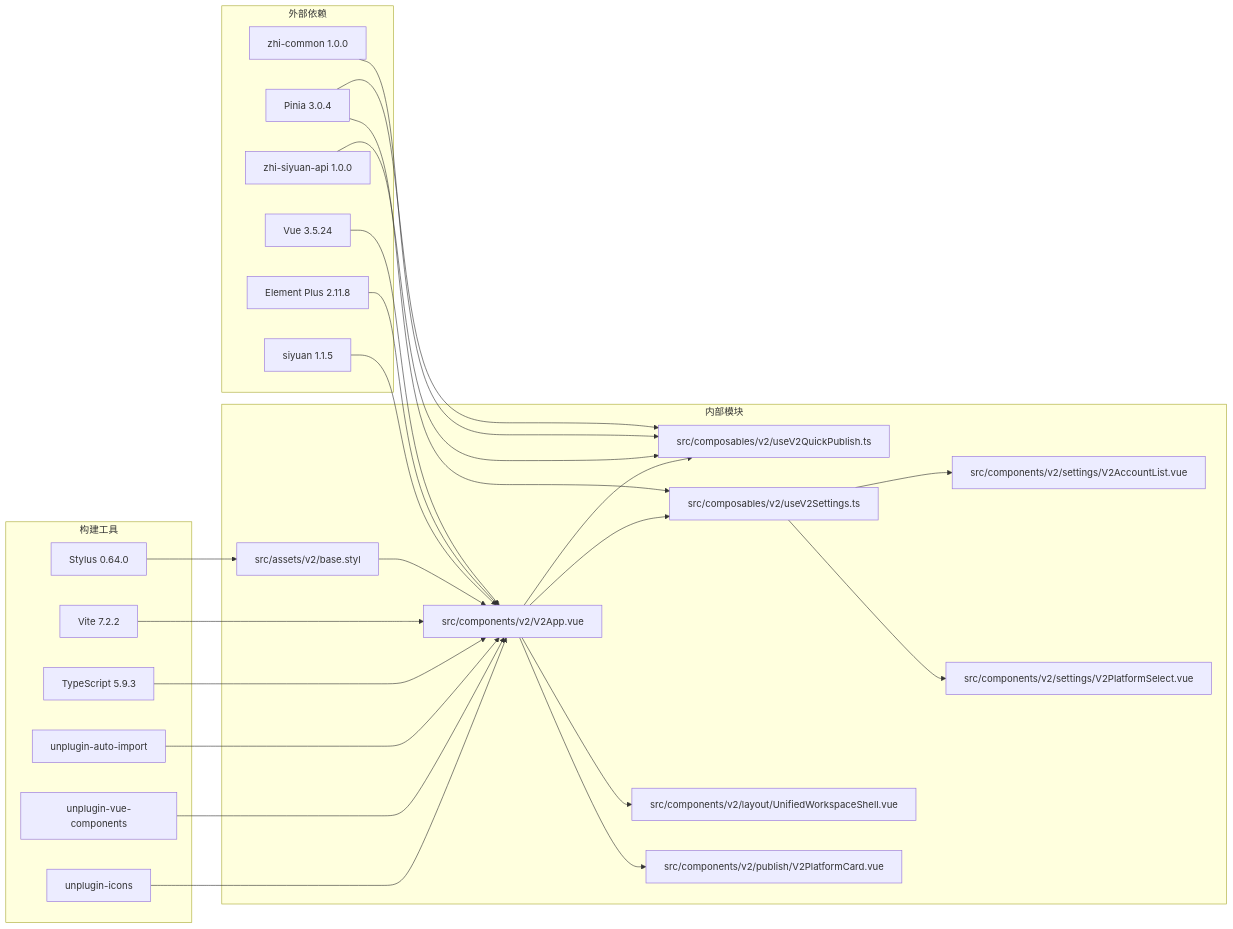
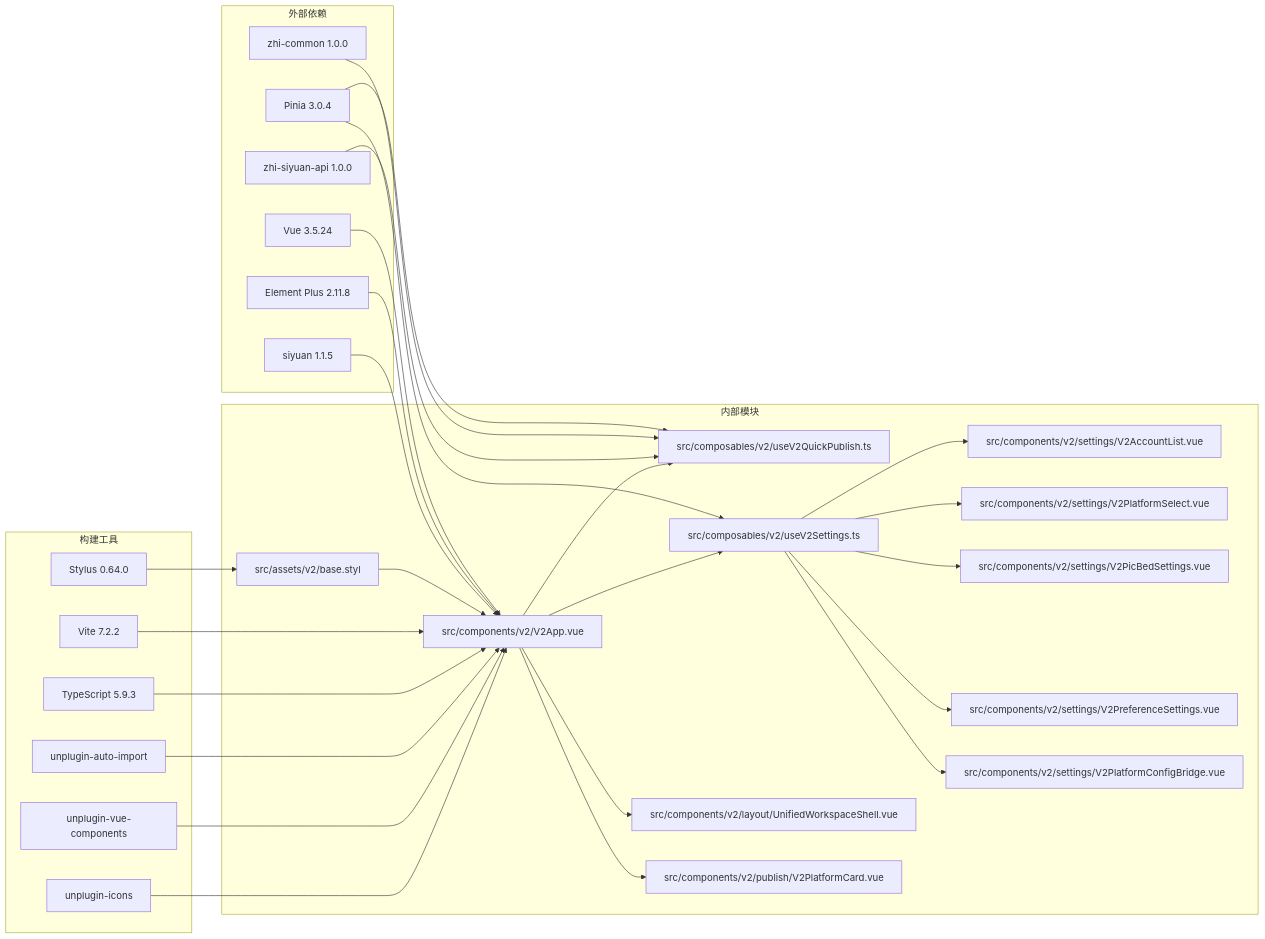
Before and after one commit to terwer/siyuan-plugin-publisher: the fifth of 5 diagrams in .qoder/repowiki/zh/content/用户界面组件/UI V2 里程碑进度.md, drawn with Mermaid. The commit also changed other lines of this file and 27 other files, not shown here.

First line of the commit message:
feat(commonblog): add common blog setting component for platform config

````diff
--- a/.qoder/repowiki/zh/content/用户界面组件/UI V2 里程碑进度.md
+++ b/.qoder/repowiki/zh/content/用户界面组件/UI V2 里程碑进度.md
@@ -455,49 +493,55 @@
 ```mermaid
 graph LR
 subgraph "外部依赖"
 Vue[Vue 3.5.24]
 Pinia[Pinia 3.0.4]
 ElementPlus[Element Plus 2.11.8]
 Siyuan[siyuan 1.1.5]
 ZhiLib[zhi-common 1.0.0]
 ZhiSiyuan[zhi-siyuan-api 1.0.0]
 end
 subgraph "内部模块"
 V2App[src/components/v2/V2App.vue]
 QuickStore[src/composables/v2/useV2QuickPublish.ts]
 SettingsStore[src/composables/v2/useV2Settings.ts]
 Shell[src/components/v2/layout/UnifiedWorkspaceShell.vue]
 Platform[src/components/v2/publish/V2PlatformCard.vue]
 AccountList[src/components/v2/settings/V2AccountList.vue]
 PlatformSelect[src/components/v2/settings/V2PlatformSelect.vue]
+PicBedSettings[src/components/v2/settings/V2PicBedSettings.vue]
+PreferenceSettings[src/components/v2/settings/V2PreferenceSettings.vue]
+PlatformConfigBridge[src/components/v2/settings/V2PlatformConfigBridge.vue]
 Styles[src/assets/v2/base.styl]
 end
 subgraph "构建工具"
 Vite[Vite 7.2.2]
 TS[TypeScript 5.9.3]
 Stylus[Stylus 0.64.0]
 AutoImport[unplugin-auto-import]
 Components[unplugin-vue-components]
 Icons[unplugin-icons]
 end
 Vue --> V2App
 Pinia --> QuickStore
 Pinia --> SettingsStore
 ElementPlus --> V2App
 Siyuan --> V2App
 ZhiLib --> QuickStore
 ZhiSiyuan --> QuickStore
 V2App --> QuickStore
 V2App --> SettingsStore
 V2App --> Shell
 V2App --> Platform
 SettingsStore --> AccountList
 SettingsStore --> PlatformSelect
+SettingsStore --> PicBedSettings
+SettingsStore --> PreferenceSettings
+SettingsStore --> PlatformConfigBridge
 Styles --> V2App
 Vite --> V2App
 TS --> V2App
 Stylus --> Styles
 AutoImport --> V2App
 Components --> V2App
 Icons --> V2App
 ```
````
